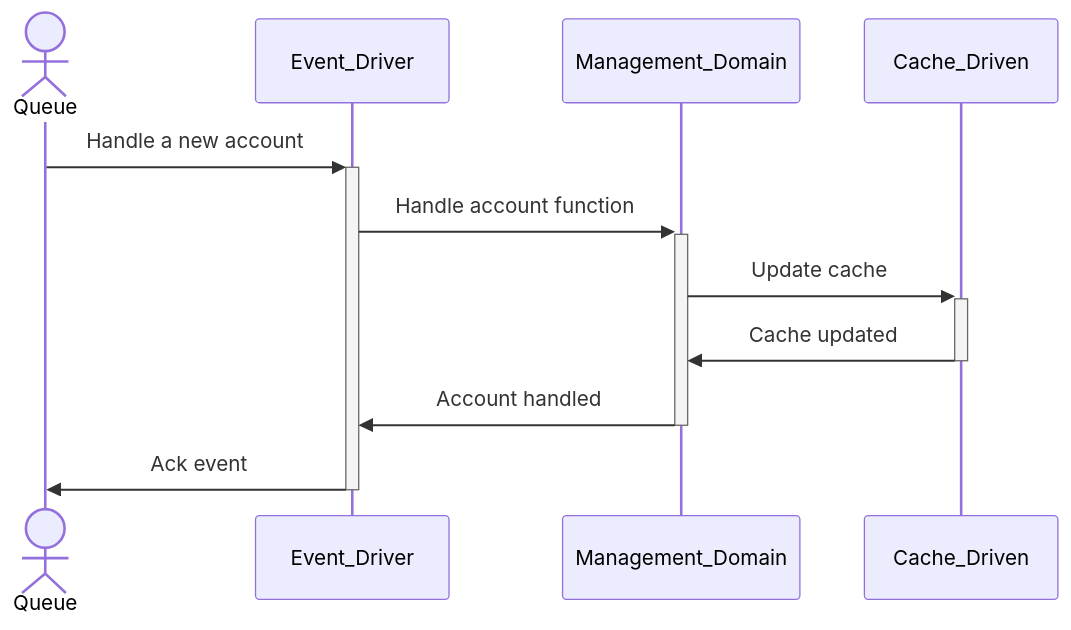
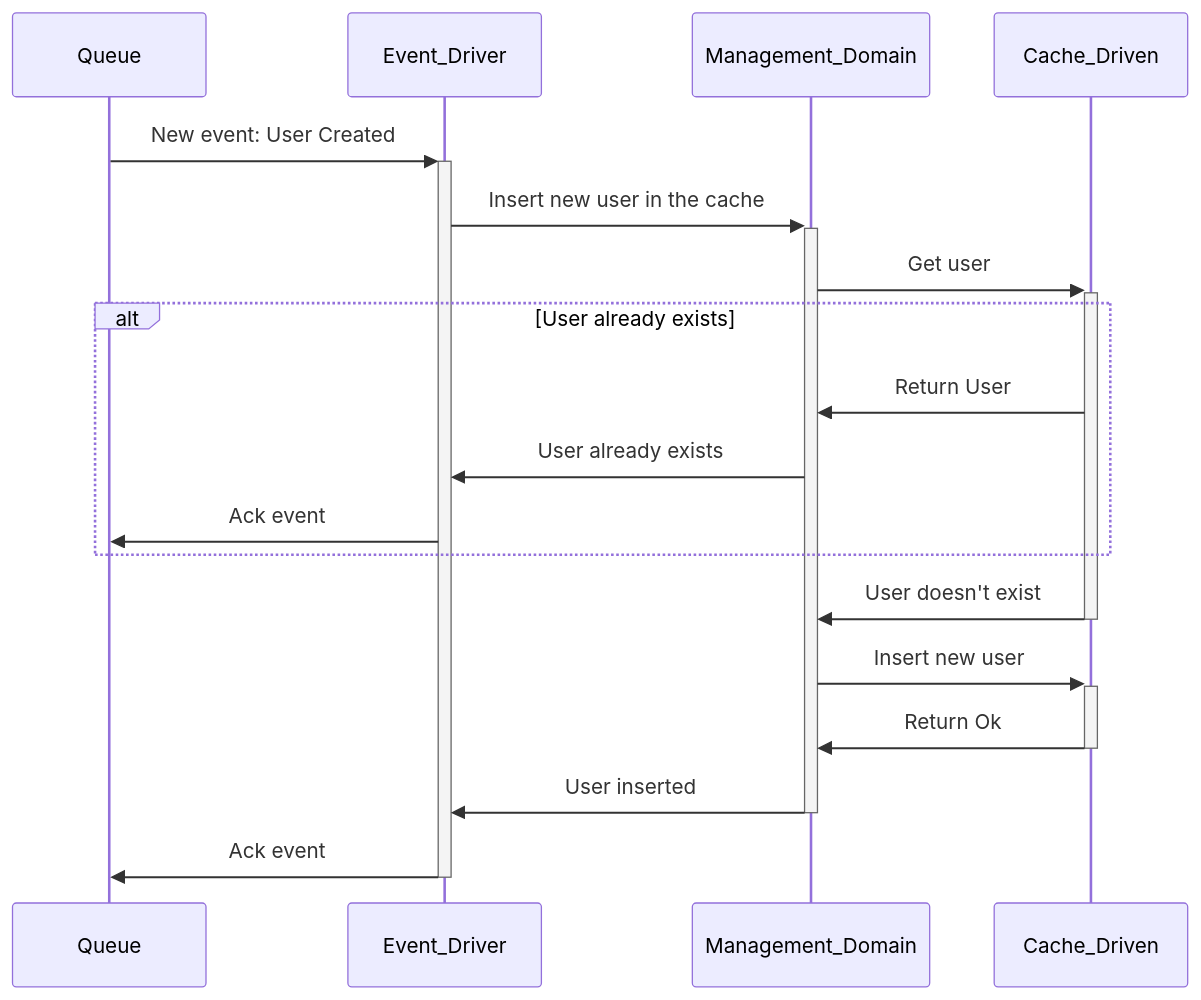
Before and after one commit to demeter-run/fabric: the second of 2 diagrams in diagrams/sequence.md, drawn with Mermaid. The commit also changed other lines of this file, not shown here.

First line of the commit message:
Sequence diagram for user creation (#32)

````diff
--- a/diagrams/sequence.md
+++ b/diagrams/sequence.md
@@ -34,13 +51,20 @@
 ```mermaid
 sequenceDiagram
-    actor Queue
+    Queue->>+Event_Driver: New event: User Created
 
-    Queue->>+Event_Driver: Handle a new account
-    Event_Driver->>+Management_Domain: Handle account function
+    Event_Driver->>+Management_Domain: Insert new user in the cache
 
-    Management_Domain->>+Cache_Driven: Update cache
-    Cache_Driven->>-Management_Domain: Cache updated
+    Management_Domain->>+Cache_Driven: Get user
+    alt User already exists
+        Cache_Driven->>Management_Domain: Return User
+        Management_Domain->>Event_Driver: User already exists
+        Event_Driver->>Queue: Ack event
+    end
 
-    Management_Domain->>-Event_Driver: Account handled
+    Cache_Driven->>-Management_Domain: User doesn't exist
+    Management_Domain->>+Cache_Driven: Insert new user
+    Cache_Driven->>-Management_Domain: Return Ok
+
+    Management_Domain->>-Event_Driver: User inserted
     Event_Driver->>-Queue: Ack event
 ```
````
